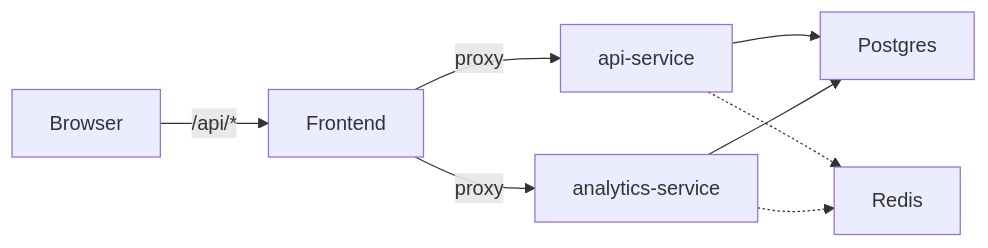
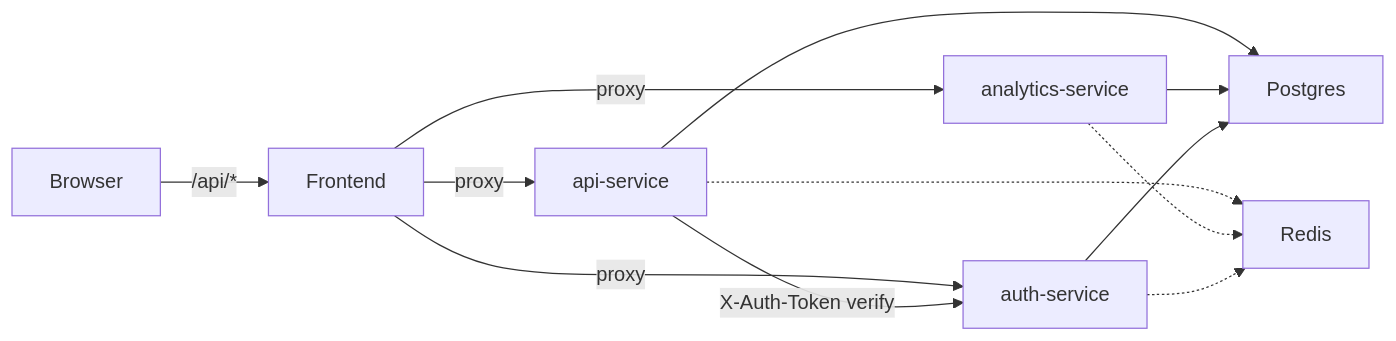
Before and after one commit to yashodgayashan/openchoreo-samples: the diagram in project-latency-lab/README.md, drawn with Mermaid. The commit also changed other lines of this file and 51 other files, not shown here.

Commit message:
add auth service

````diff
--- a/project-latency-lab/README.md
+++ b/project-latency-lab/README.md
@@ -8,10 +8,14 @@
 ```mermaid
 graph LR
     Browser -->|/api/*| Frontend
     Frontend -->|proxy| API[api-service]
     Frontend -->|proxy| Analytics[analytics-service]
+    Frontend -->|proxy| Auth[auth-service]
+    API -->|X-Auth-Token verify| Auth
     API --> Postgres
     API -.-> Redis
     Analytics --> Postgres
     Analytics -.-> Redis
+    Auth --> Postgres
+    Auth -.-> Redis
 ```
````
